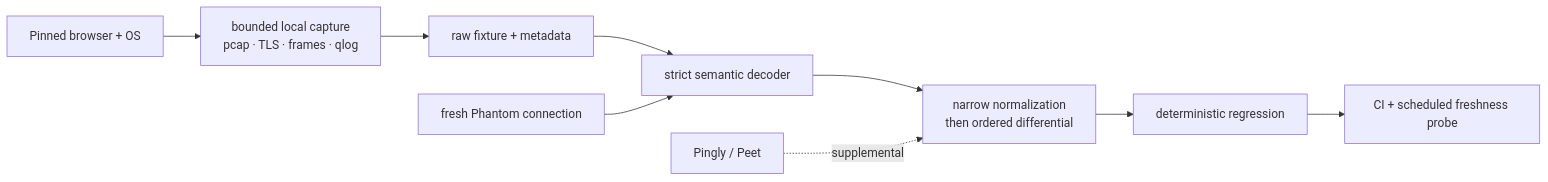
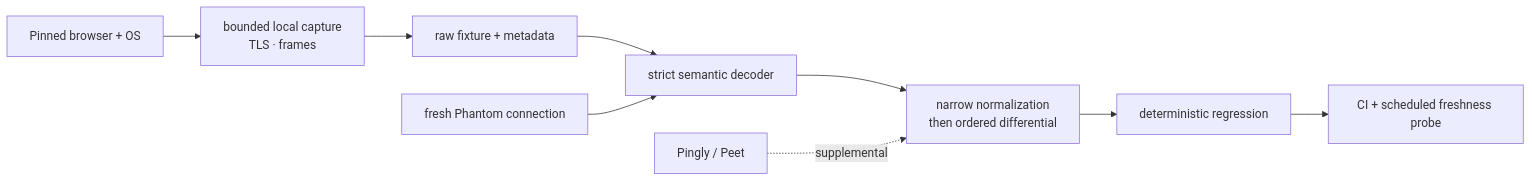
The third of 3 diagrams in docs/architecture.md (bywayhq/phantom), drawn with Mermaid before and after one commit. The commit also changed other lines of this file and 4 other files, not shown here.

````diff
--- a/docs/architecture.md
+++ b/docs/architecture.md
@@ -117,11 +117,11 @@
 ```mermaid
 flowchart LR
-    Browser["Pinned browser + OS"] --> Capture["bounded local capture<br/>pcap · TLS · frames · qlog"]
+    Browser["Pinned browser + OS"] --> Capture["bounded local capture<br/>TLS · frames"]
     Capture --> Fixture["raw fixture + metadata"]
     Fixture --> Decode["strict semantic decoder"]
     Phantom["fresh Phantom connection"] --> Decode
     Decode --> Diff["narrow normalization<br/>then ordered differential"]
     Diff --> Tests["deterministic regression"]
     Tests --> CI["CI + scheduled freshness probe"]
     Live["Pingly / Peet"] -. supplemental .-> Diff
 ```
````
